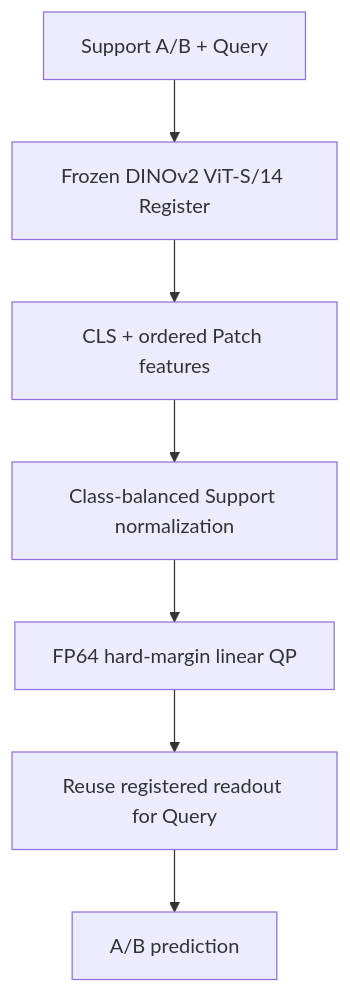
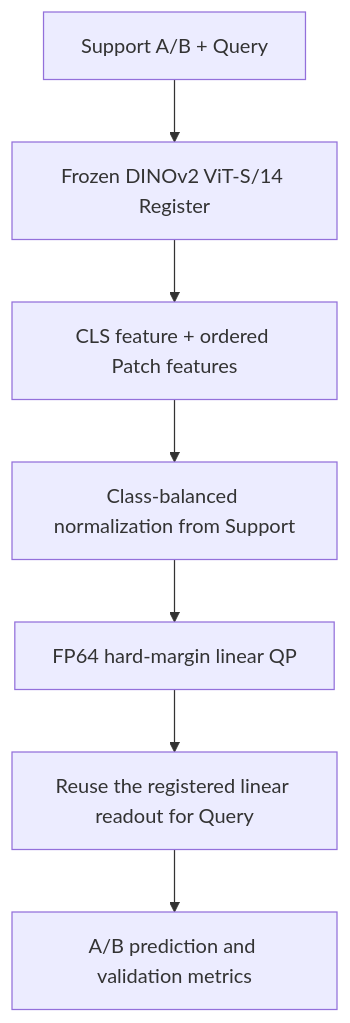
Before and after one commit to meamaturinlove221/support-conditioned-vision: the diagram in README.md, drawn with Mermaid. The commit also changed other lines of this file and 26 other files, not shown here.

````diff
--- a/README.md
+++ b/README.md
@@ -23,9 +16,9 @@
 ```mermaid
 flowchart TD
     A[Support A/B + Query] --> B[Frozen DINOv2 ViT-S/14 Register]
-    B --> C[CLS + ordered Patch features]
-    C --> D[Class-balanced Support normalization]
+    B --> C[CLS feature + ordered Patch features]
+    C --> D[Class-balanced normalization from Support]
     D --> E[FP64 hard-margin linear QP]
-    E --> F[Reuse registered readout for Query]
-    F --> G[A/B prediction]
+    E --> F[Reuse the registered linear readout for Query]
+    F --> G[A/B prediction and validation metrics]
 ```
````
